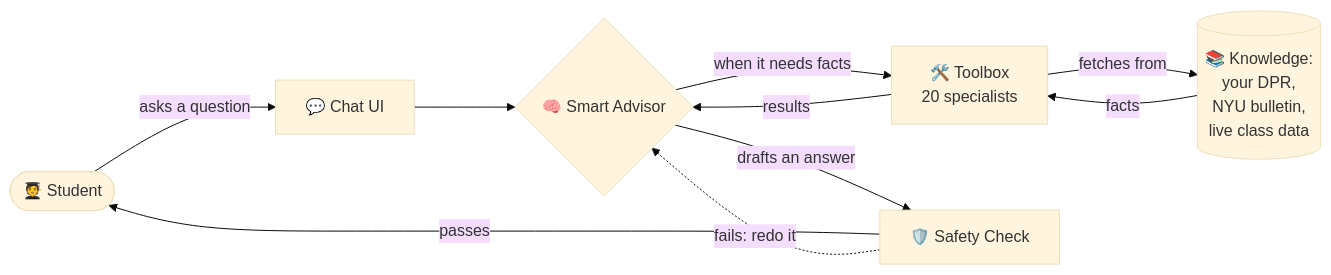
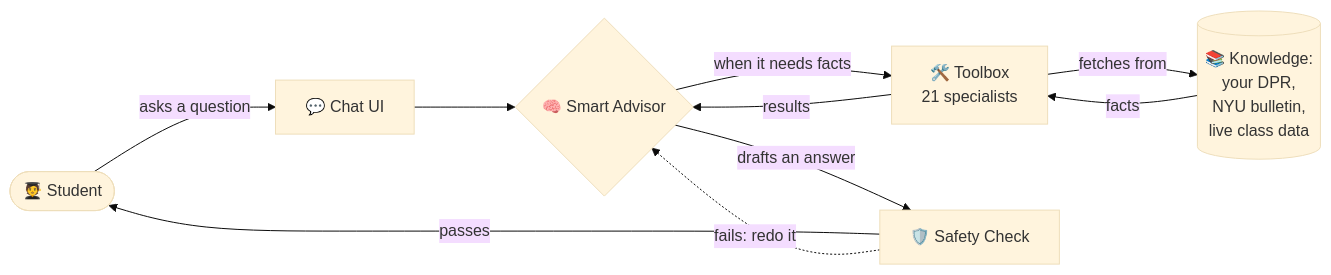
One commit to EdoardoMongardi/NYU_Path changed the first of 5 diagrams in Docs/current-system/00-overview.md. Above: the diagram before and after it, drawn with Mermaid (base theme). The commit also changed other lines of this file and 8 other files, not shown here.

````diff
--- a/Docs/current-system/00-overview.md
+++ b/Docs/current-system/00-overview.md
@@ -19,12 +19,12 @@
 ```mermaid
 graph LR
     STUDENT([🧑‍🎓 Student]) -->|asks a question| CHAT[💬 Chat UI]
     CHAT --> BRAIN{🧠 Smart Advisor}
-    BRAIN -->|when it needs facts| TOOLS[🛠️ Toolbox<br/>20 specialists]
+    BRAIN -->|when it needs facts| TOOLS[🛠️ Toolbox<br/>21 specialists]
     TOOLS -->|fetches from| MEMORY[(📚 Knowledge:<br/>your DPR,<br/>NYU bulletin,<br/>live class data)]
     MEMORY -->|facts| TOOLS
     TOOLS -->|results| BRAIN
     BRAIN -->|drafts an answer| GUARD[🛡️ Safety Check]
     GUARD -->|passes| STUDENT
     GUARD -.fails: redo it.-> BRAIN
 ```
````
